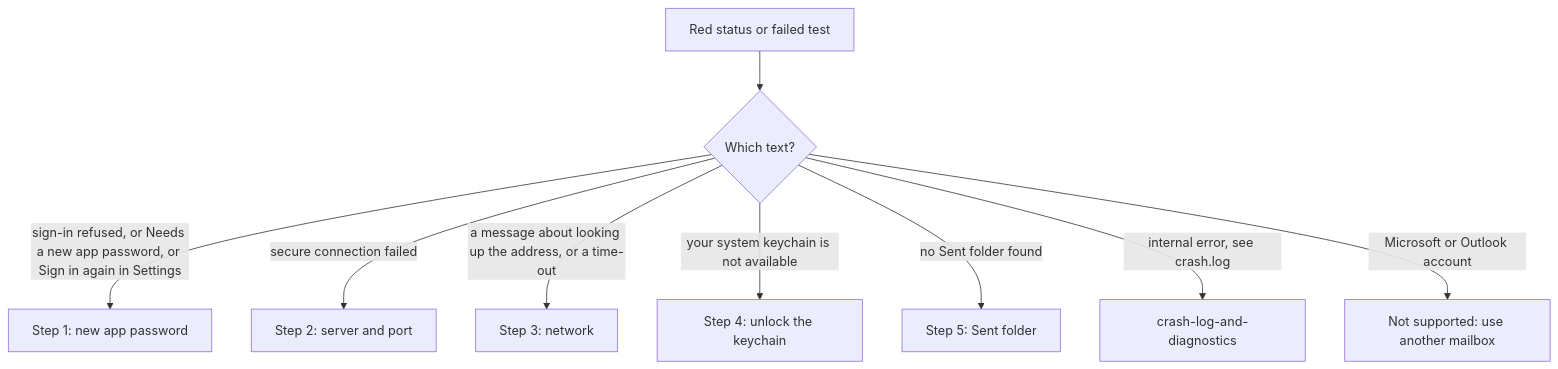
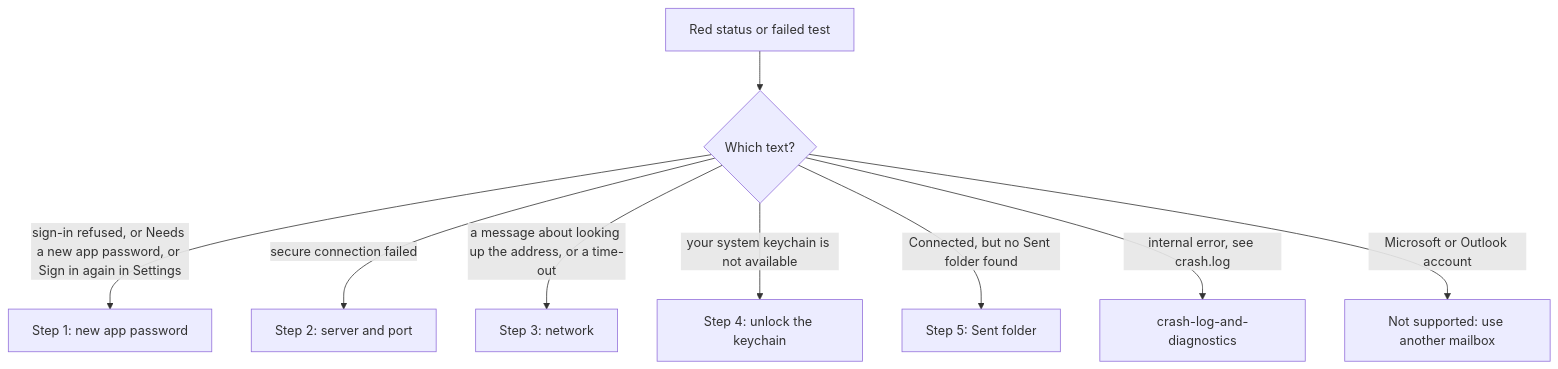
One commit to SarangVehale/email-todolist changed the diagram in docs/runbooks/mailbox-wont-connect.md. Above: the diagram before and after it, drawn with Mermaid. The commit also changed other lines of this file and 16 other files, not shown here.

First line of the commit message:
A mailbox with no Sent folder we can find can be added: the test passes and says what is lost

````diff
--- a/docs/runbooks/mailbox-wont-connect.md
+++ b/docs/runbooks/mailbox-wont-connect.md
@@ -28,11 +28,11 @@
 ```mermaid
 flowchart TD
     A["Red status or failed test"] --> B{"Which text?"}
     B -- "sign-in refused, or Needs a new app password, or Sign in again in Settings" --> C["Step 1: new app password"]
     B -- "secure connection failed" --> D["Step 2: server and port"]
     B -- "a message about looking up the address, or a time-out" --> E["Step 3: network"]
     B -- "your system keychain is not available" --> F["Step 4: unlock the keychain"]
-    B -- "no Sent folder found" --> G["Step 5: Sent folder"]
+    B -- "Connected, but no Sent folder found" --> G["Step 5: Sent folder"]
     B -- "internal error, see crash.log" --> H["crash-log-and-diagnostics"]
     B -- "Microsoft or Outlook account" --> I["Not supported: use another mailbox"]
 ```
````
